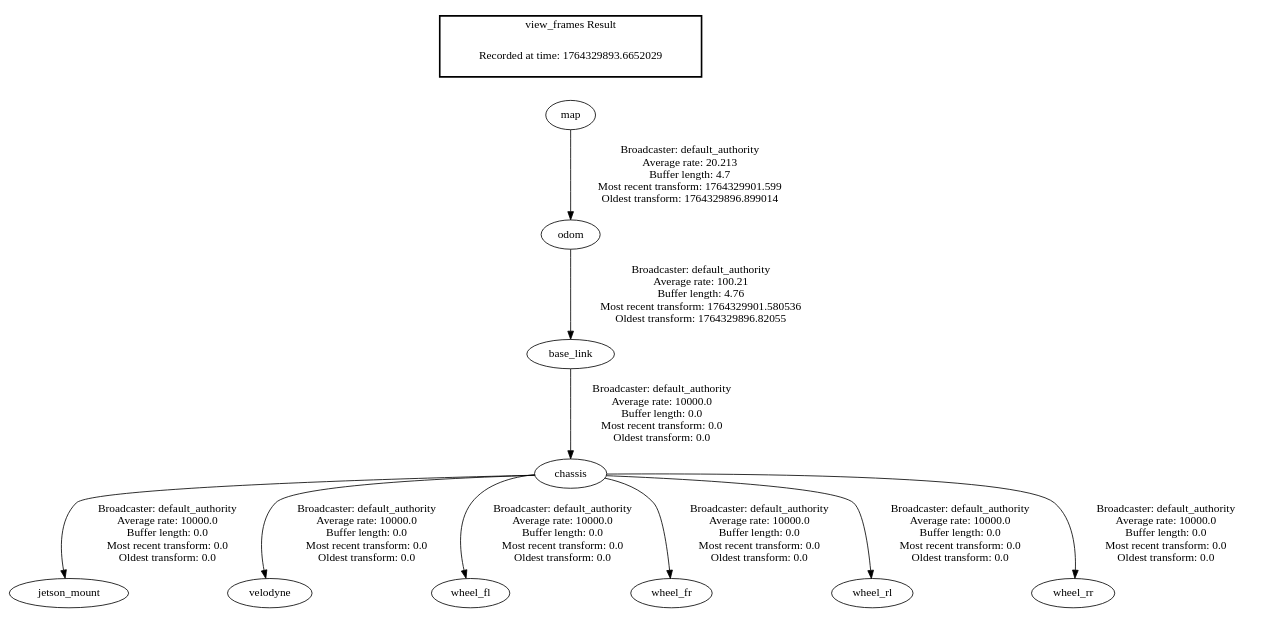
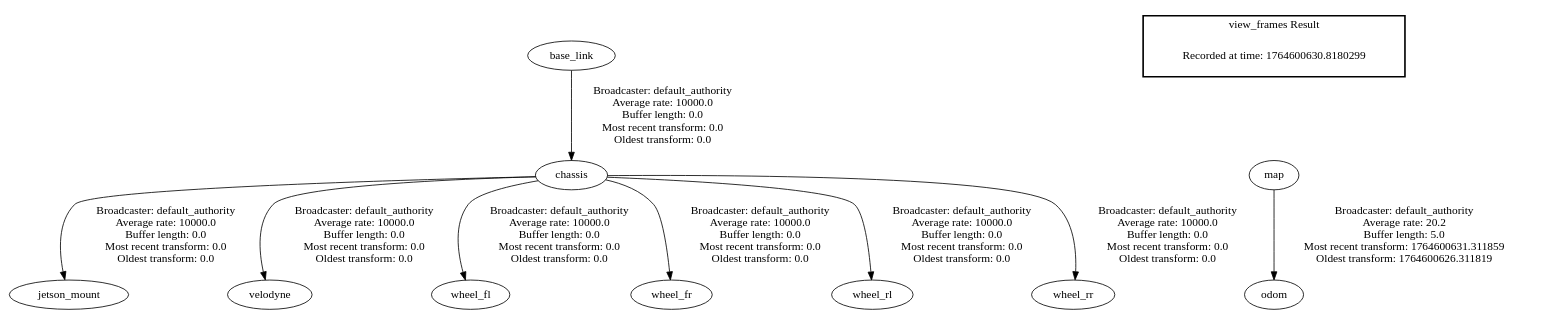
One commit to lukasderia/ros2_leo_ws changed the diagram in frames.gv. Above: the diagram before and after it, drawn with Graphviz. The commit also changed 5 other files, not shown here.

```diff
--- a/frames.gv
+++ b/frames.gv
@@ -1,15 +1,14 @@
 digraph G {
 "base_link" -> "chassis"[label=" Broadcaster: default_authority\nAverage rate: 10000.0\nBuffer length: 0.0\nMost recent transform: 0.0\nOldest transform: 0.0\n"];
-"odom" -> "base_link"[label=" Broadcaster: default_authority\nAverage rate: 100.21\nBuffer length: 4.76\nMost recent transform: 1764329901.580536\nOldest transform: 1764329896.82055\n"];
 "chassis" -> "jetson_mount"[label=" Broadcaster: default_authority\nAverage rate: 10000.0\nBuffer length: 0.0\nMost recent transform: 0.0\nOldest transform: 0.0\n"];
 "chassis" -> "velodyne"[label=" Broadcaster: default_authority\nAverage rate: 10000.0\nBuffer length: 0.0\nMost recent transform: 0.0\nOldest transform: 0.0\n"];
 "chassis" -> "wheel_fl"[label=" Broadcaster: default_authority\nAverage rate: 10000.0\nBuffer length: 0.0\nMost recent transform: 0.0\nOldest transform: 0.0\n"];
 "chassis" -> "wheel_fr"[label=" Broadcaster: default_authority\nAverage rate: 10000.0\nBuffer length: 0.0\nMost recent transform: 0.0\nOldest transform: 0.0\n"];
 "chassis" -> "wheel_rl"[label=" Broadcaster: default_authority\nAverage rate: 10000.0\nBuffer length: 0.0\nMost recent transform: 0.0\nOldest transform: 0.0\n"];
 "chassis" -> "wheel_rr"[label=" Broadcaster: default_authority\nAverage rate: 10000.0\nBuffer length: 0.0\nMost recent transform: 0.0\nOldest transform: 0.0\n"];
-"map" -> "odom"[label=" Broadcaster: default_authority\nAverage rate: 20.213\nBuffer length: 4.7\nMost recent transform: 1764329901.599\nOldest transform: 1764329896.899014\n"];
+"map" -> "odom"[label=" Broadcaster: default_authority\nAverage rate: 20.2\nBuffer length: 5.0\nMost recent transform: 1764600631.311859\nOldest transform: 1764600626.311819\n"];
 edge [style=invis];
  subgraph cluster_legend { style=bold; color=black; label ="view_frames Result";
-"Recorded at time: 1764329893.6652029"[ shape=plaintext ] ;
+"Recorded at time: 1764600630.8180299"[ shape=plaintext ] ;
 }->"map";
 }
```
